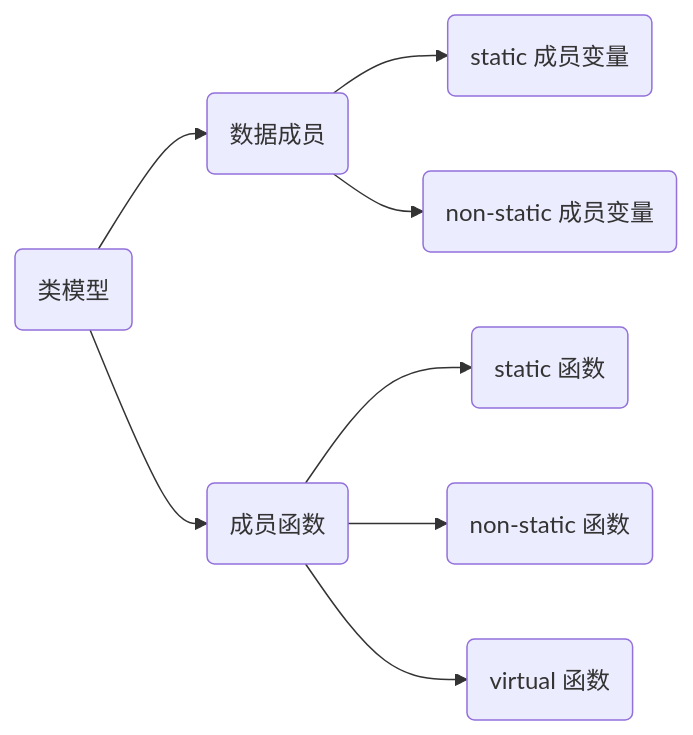
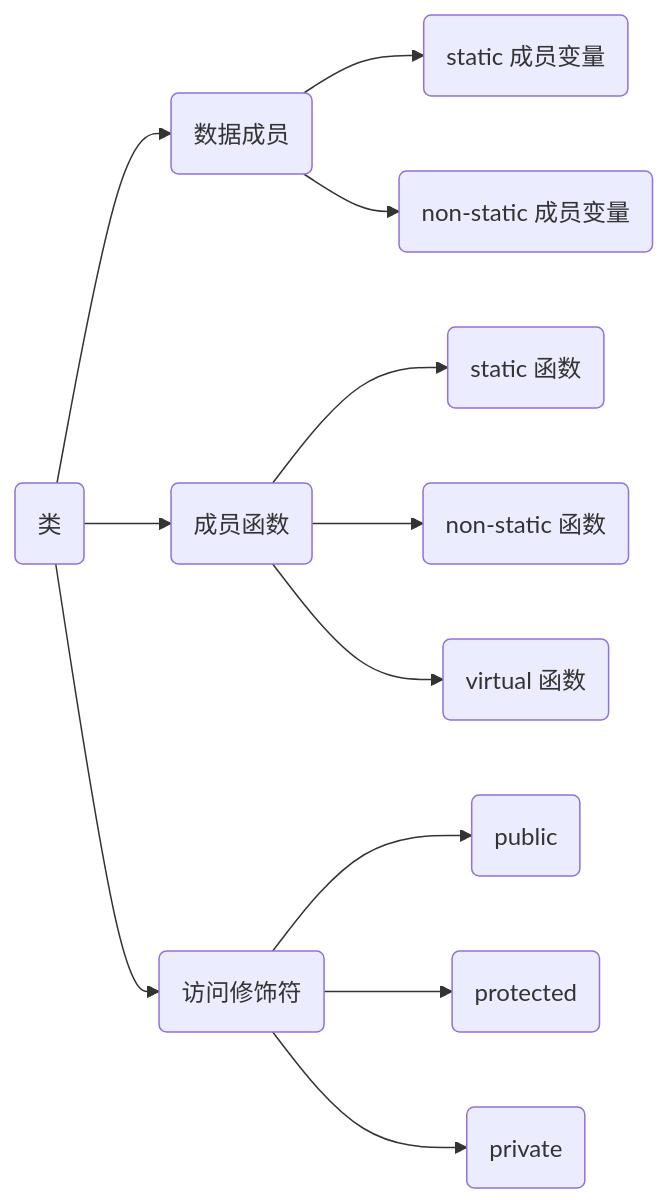
Before and after one commit to dmjcb/dmjcb.github.io: the first of 3 diagrams in _posts/language/c_c++/c++/OOP/2024-11-01-面向对象.md, drawn with Mermaid. The commit also changed other lines of this file and 17 other files, not shown here.

````diff
--- a/_posts/language/c_c++/c++/OOP/2024-11-01-面向对象.md
+++ b/_posts/language/c_c++/c++/OOP/2024-11-01-面向对象.md
@@ -13,14 +25,18 @@
 ```mermaid
 graph LR;
-    A(类模型)
+    A(类)
     B(数据成员)
         B-->B1(static 成员变量)
         B-->B2(non-static 成员变量)
     C(成员函数)
         C-->C1(static 函数)
         C-->C2(non-static 函数)
         C-->C3(virtual 函数)
-    A-->B   
+    D(访问修饰符)
+        D-->D1(public)
+        D-->D2(protected)
+        D-->D3(private)
+    A-->B  
     A-->C
-        
+    A-->D
 ```
````
